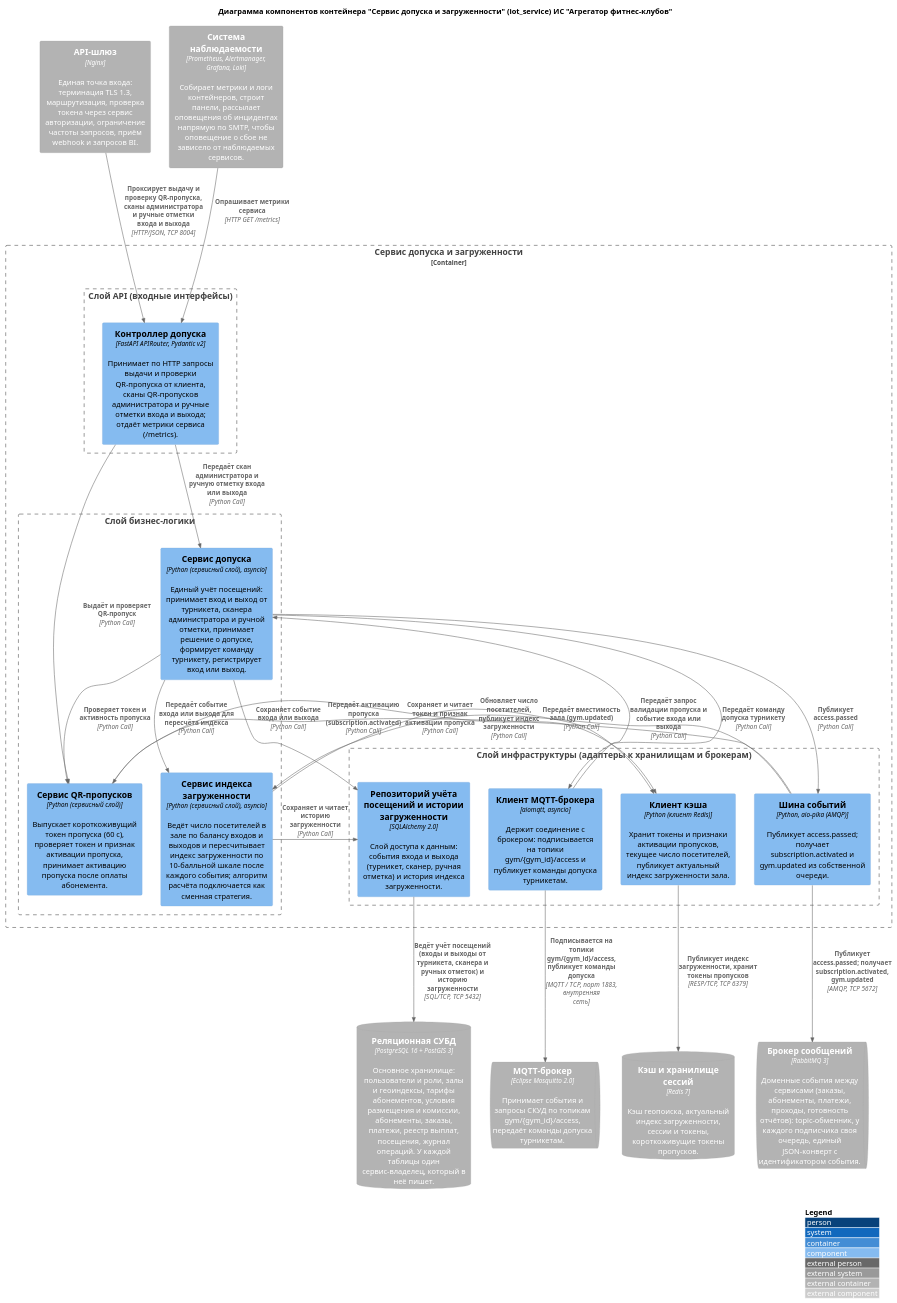
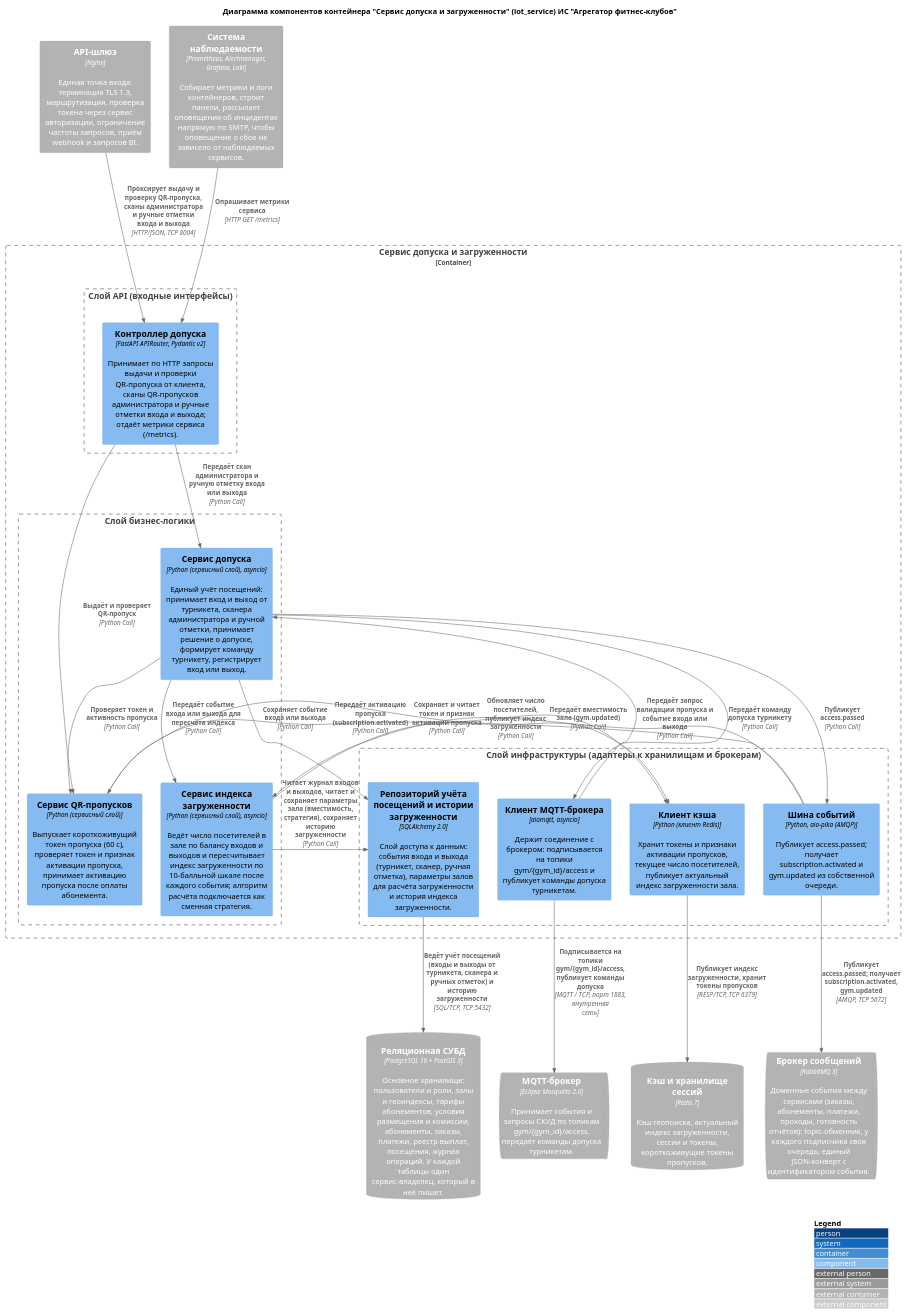
Before and after one commit to lamtfey11/ISIT-project-gym-aggregator: the diagram in src/local/lisov/L3_2_teamlead.puml, drawn with PlantUML.

Commit message:
изменение в l3 тимлида

```diff
--- a/src/local/lisov/L3_2_teamlead.puml
+++ b/src/local/lisov/L3_2_teamlead.puml
@@ -1,66 +1,66 @@
 @startuml L3_iot_service
 !include https://raw.githubusercontent.com/plantuml-stdlib/C4-PlantUML/master/C4_Component.puml
 
 LAYOUT_WITH_LEGEND()
 title Диаграмма компонентов контейнера "Сервис допуска и загруженности" (iot_service) ИС "Агрегатор фитнес-клубов"
 
 ' === СОСЕДНИЕ КОНТЕЙНЕРЫ (чёрные ящики, описания совпадают со сводной диаграммой контейнеров) ===
 Container_Ext(api_gateway, "API-шлюз", "Nginx", "Единая точка входа: терминация TLS 1.3, маршрутизация, проверка токена через сервис авторизации, ограничение частоты запросов, приём webhook и запросов BI.")
 Container_Ext(monitoring, "Система наблюдаемости", "Prometheus, Alertmanager, Grafana, Loki", "Собирает метрики и логи контейнеров, строит панели, рассылает оповещения об инцидентах напрямую по SMTP, чтобы оповещение о сбое не зависело от наблюдаемых сервисов.")
 ContainerQueue_Ext(mqtt_broker, "MQTT-брокер", "Eclipse Mosquitto 2.0", "Принимает события и запросы СКУД по топикам gym/{gym_id}/access, передаёт команды допуска турникетам.")
 ContainerQueue_Ext(message_broker, "Брокер сообщений", "RabbitMQ 3", "Доменные события между сервисами (заказы, абонементы, платежи, проходы, готовность отчётов): topic-обменник, у каждого подписчика своя очередь, единый JSON-конверт с идентификатором события.")
 ContainerDb_Ext(database, "Реляционная СУБД", "PostgreSQL 16 + PostGIS 3", "Основное хранилище: пользователи и роли, залы и геоиндексы, тарифы абонементов, условия размещения и комиссии, абонементы, заказы, платежи, реестр выплат, посещения, журнал операций. У каждой таблицы один сервис-владелец, который в неё пишет.")
 ContainerDb_Ext(cache, "Кэш и хранилище сессий", "Redis 7", "Кэш геопоиска, актуальный индекс загруженности, сессии и токены, короткоживущие токены пропусков.")
 ' === ПРОЕКТИРУЕМЫЙ КОНТЕЙНЕР: слои сверху вниз (API -> бизнес-логика -> инфраструктура) ===
 Container_Boundary(iot_service, "Сервис допуска и загруженности") {
 
   Boundary(api_layer, "Слой API (входные интерфейсы)") {
     Component(iot_api_comp, "Контроллер допуска", "FastAPI APIRouter, Pydantic v2", "Принимает по HTTP запросы выдачи и проверки QR-пропуска от клиента, сканы QR-пропусков администратора и ручные отметки входа и выхода; отдаёт метрики сервиса (/metrics).")
   }
 
   Boundary(service_layer, "Слой бизнес-логики") {
     Component(pass_comp, "Сервис QR-пропусков", "Python (сервисный слой)", "Выпускает короткоживущий токен пропуска (60 с), проверяет токен и признак активации пропуска, принимает активацию пропуска после оплаты абонемента.")
     Component(access_comp, "Сервис допуска", "Python (сервисный слой), asyncio", "Единый учёт посещений: принимает вход и выход от турникета, сканера администратора и ручной отметки, принимает решение о допуске, формирует команду турникету, регистрирует вход или выход.")
     Component(occupancy_comp, "Сервис индекса загруженности", "Python (сервисный слой), asyncio", "Ведёт число посетителей в зале по балансу входов и выходов и пересчитывает индекс загруженности по 10-балльной шкале после каждого события; алгоритм расчёта подключается как сменная стратегия.")
   }
 
   Boundary(infrastructure_layer, "Слой инфраструктуры (адаптеры к хранилищам и брокерам)") {
     Component(mqtt_gateway_comp, "Клиент MQTT-брокера", "aiomqtt, asyncio", "Держит соединение с брокером: подписывается на топики gym/{gym_id}/access и публикует команды допуска турникетам.")
-    Component(iot_repo_comp, "Репозиторий учёта посещений и истории загруженности", "SQLAlchemy 2.0", "Слой доступа к данным: события входа и выхода (турникет, сканер, ручная отметка) и история индекса загруженности.")
+    Component(iot_repo_comp, "Репозиторий учёта посещений и истории загруженности", "SQLAlchemy 2.0", "Слой доступа к данным: события входа и выхода (турникет, сканер, ручная отметка), параметры залов для расчёта загруженности и история индекса загруженности.")
     Component(iot_cache_comp, "Клиент кэша", "Python (клиент Redis)", "Хранит токены и признаки активации пропусков, текущее число посетителей, публикует актуальный индекс загруженности зала.")
     Component(iot_events_comp, "Шина событий", "Python, aio-pika (AMQP)", "Публикует access.passed; получает subscription.activated и gym.updated из собственной очереди.")
   }
 }
 
 ' === ВХОДЯЩИЕ СЕТЕВЫЕ ВЫЗОВЫ (стыковочные шлюзы контейнера) ===
 Rel(api_gateway, iot_api_comp, "Проксирует выдачу и проверку QR-пропуска, сканы администратора и ручные отметки входа и выхода", "HTTP/JSON, TCP 8004")
 Rel(monitoring, iot_api_comp, "Опрашивает метрики сервиса", "HTTP GET /metrics")
 
 ' === ВНУТРИПРОЦЕССНЫЕ ВЫЗОВЫ: API -> бизнес-логика ===
 Rel(iot_api_comp, pass_comp, "Выдаёт и проверяет QR-пропуск", "Python Call")
 Rel(iot_api_comp, access_comp, "Передаёт скан администратора и ручную отметку входа или выхода", "Python Call")
 
 ' === ВНУТРИПРОЦЕССНЫЕ ВЫЗОВЫ: события СКУД и брокера -> бизнес-логика ===
 Rel(mqtt_gateway_comp, access_comp, "Передаёт запрос валидации пропуска и событие входа или выхода", "Python Call")
 Rel(iot_events_comp, pass_comp, "Передаёт активацию пропуска (subscription.activated)", "Python Call")
 Rel(iot_events_comp, occupancy_comp, "Передаёт вместимость зала (gym.updated)", "Python Call")
 
 ' === ВНУТРИПРОЦЕССНЫЕ ВЫЗОВЫ: внутри слоя бизнес-логики ===
 Rel(access_comp, pass_comp, "Проверяет токен и активность пропуска", "Python Call")
 Rel(access_comp, occupancy_comp, "Передаёт событие входа или выхода для пересчёта индекса", "Python Call")
 
 ' === ВНУТРИПРОЦЕССНЫЕ ВЫЗОВЫ: бизнес-логика -> инфраструктура ===
 Rel(access_comp, mqtt_gateway_comp, "Передаёт команду допуска турникету", "Python Call")
 Rel(access_comp, iot_repo_comp, "Сохраняет событие входа или выхода", "Python Call")
 Rel(access_comp, iot_events_comp, "Публикует access.passed", "Python Call")
 Rel(pass_comp, iot_cache_comp, "Сохраняет и читает токен и признак активации пропуска", "Python Call")
 Rel(occupancy_comp, iot_cache_comp, "Обновляет число посетителей, публикует индекс загруженности", "Python Call")
-Rel(occupancy_comp, iot_repo_comp, "Сохраняет и читает историю загруженности", "Python Call")
+Rel(occupancy_comp, iot_repo_comp, "Читает журнал входов и выходов, читает и сохраняет параметры зала (вместимость, стратегия), сохраняет историю загруженности", "Python Call")
 
 ' === ИСХОДЯЩИЕ СЕТЕВЫЕ ВЫЗОВЫ ===
 Rel(mqtt_gateway_comp, mqtt_broker, "Подписывается на топики gym/{gym_id}/access, публикует команды допуска", "MQTT / TCP, порт 1883, внутренняя сеть")
 Rel(iot_repo_comp, database, "Ведёт учёт посещений (входы и выходы от турникета, сканера и ручных отметок) и историю загруженности", "SQL/TCP, TCP 5432")
 Rel(iot_cache_comp, cache, "Публикует индекс загруженности, хранит токены пропусков", "RESP/TCP, TCP 6379")
 Rel(iot_events_comp, message_broker, "Публикует access.passed; получает subscription.activated, gym.updated", "AMQP, TCP 5672")
 
 @enduml
```
